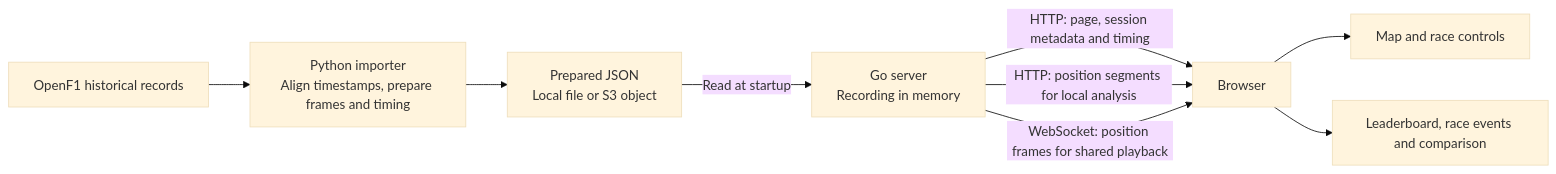
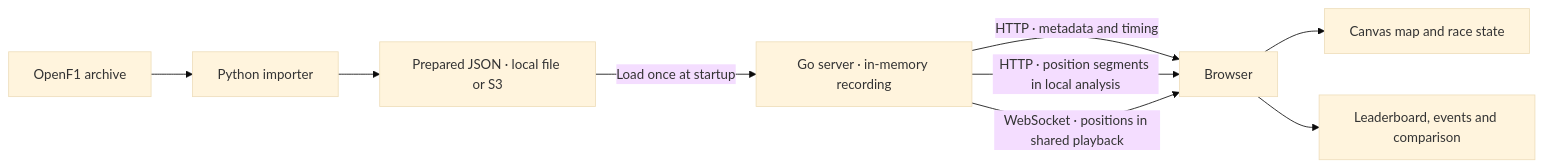
Before and after one commit to auscodes/f1-race-replay: the diagram in PROJECT_GUIDE.md, drawn with Mermaid (base theme). The commit also changed other lines of this file, not shown here.

````diff
--- a/PROJECT_GUIDE.md
+++ b/PROJECT_GUIDE.md
@@ -25,11 +15,11 @@
 ```mermaid
 flowchart LR
-    A["OpenF1 historical records"] --> P["Python importer<br/>Align timestamps, prepare frames and timing"]
-    P --> R["Prepared JSON<br/>Local file or S3 object"]
-    R -->|"Read at startup"| G["Go server<br/>Recording in memory"]
-    G -->|"HTTP: page, session metadata and timing"| B["Browser"]
-    G -->|"HTTP: position segments for local analysis"| B
-    G -->|"WebSocket: position frames for shared playback"| B
-    B --> M["Map and race controls"]
-    B --> T["Leaderboard, race events and comparison"]
+    O["OpenF1 archive"] --> I["Python importer"]
+    I --> F["Prepared JSON · local file or S3"]
+    F -->|"Load once at startup"| G["Go server · in-memory recording"]
+    G -->|"HTTP · metadata and timing"| B["Browser"]
+    G -->|"HTTP · position segments in local analysis"| B
+    G -->|"WebSocket · positions in shared playback"| B
+    B --> M["Canvas map and race state"]
+    B --> T["Leaderboard, events and comparison"]
 ```
````
